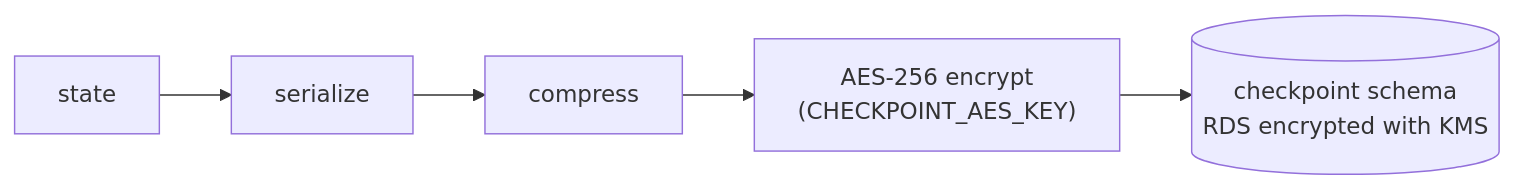
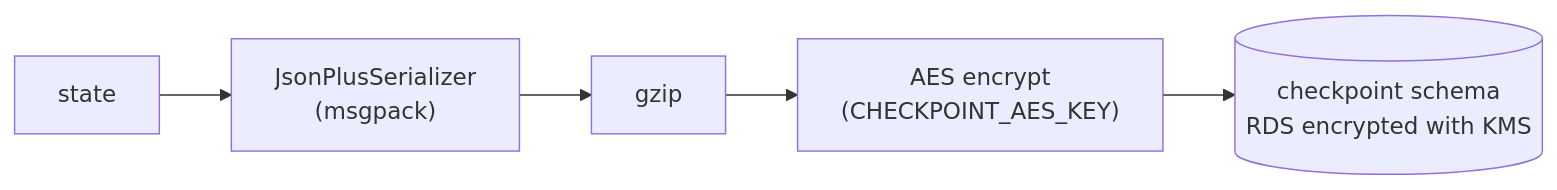
Before and after one commit to pjh4993/insurance-onboarding-assistant: the diagram in docs/state-management.md, drawn with Mermaid. The commit also changed other lines of this file and 12 other files, not shown here.

````diff
--- a/docs/state-management.md
+++ b/docs/state-management.md
@@ -118,4 +136,4 @@
 ```mermaid
 flowchart LR
-    s["state"] --> ser["serialize"] --> z["compress"] --> aes["AES-256 encrypt<br/>(CHECKPOINT_AES_KEY)"] --> pg[("checkpoint schema<br/>RDS encrypted with KMS")]
+    s["state"] --> ser["JsonPlusSerializer<br/>(msgpack)"] --> z["gzip"] --> aes["AES encrypt<br/>(CHECKPOINT_AES_KEY)"] --> pg[("checkpoint schema<br/>RDS encrypted with KMS")]
 ```
````
